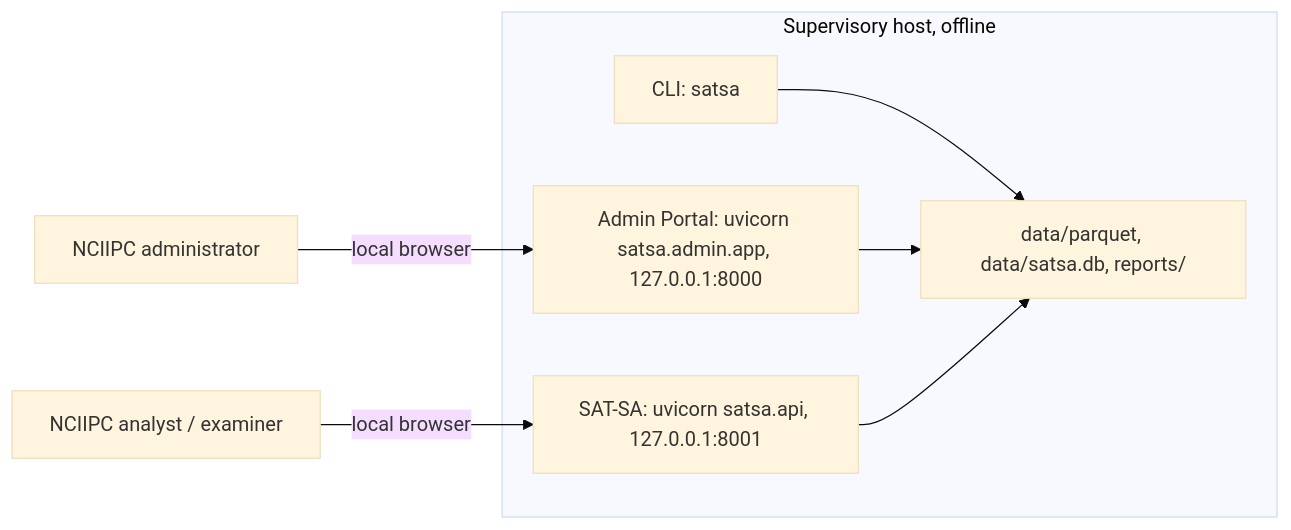
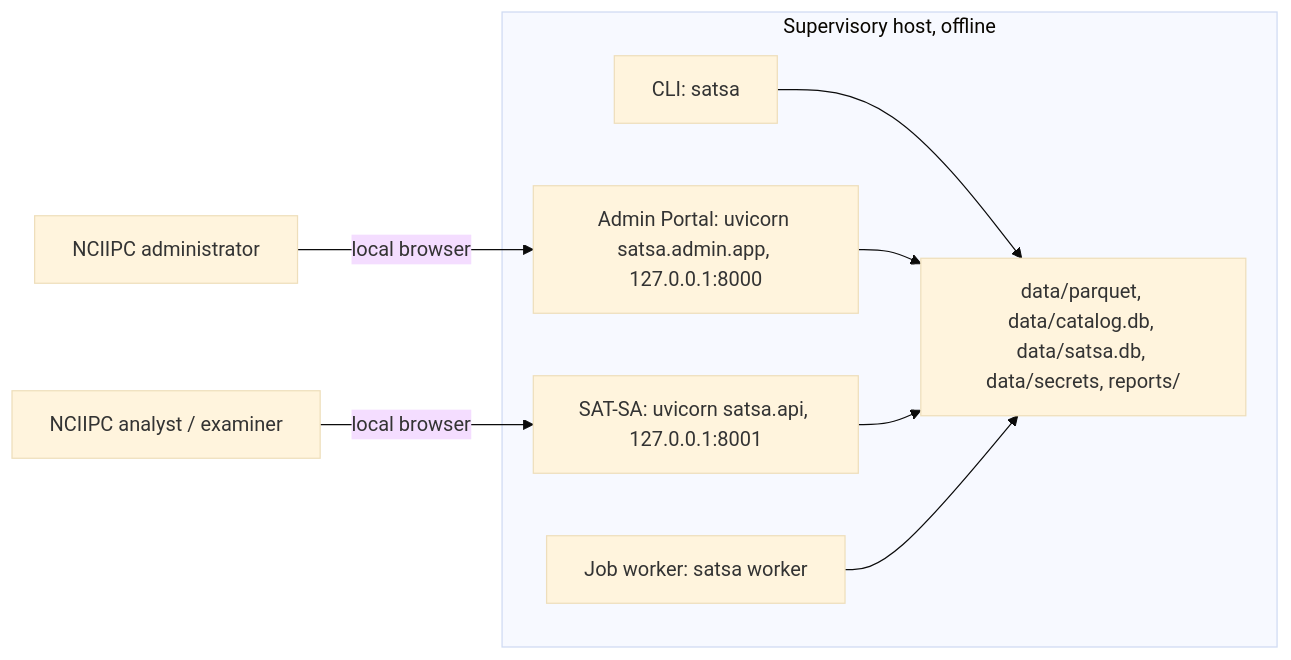
The second of 2 diagrams in docs/architecture.md (KenithKMS56/Supervisory-Analytics-Tool-for-SOC-Assessment-SAT-SA), drawn with Mermaid (base theme) before and after one commit. The commit also changed other lines of this file and 8 other files, not shown here.

````diff
--- a/docs/architecture.md
+++ b/docs/architecture.md
@@ -116,15 +131,17 @@
 ```mermaid
 graph LR
     subgraph Host [Supervisory host, offline]
         CLI["CLI: satsa"]
         ADMIN["Admin Portal: uvicorn satsa.admin.app, 127.0.0.1:8000"]
         SATSA["SAT-SA: uvicorn satsa.api, 127.0.0.1:8001"]
-        FILES["data/parquet, data/satsa.db, reports/"]
+        WORKER["Job worker: satsa worker"]
+        FILES["data/parquet, data/catalog.db, data/satsa.db, data/secrets, reports/"]
     end
 
     ADMINUSER["NCIIPC administrator"] -->|local browser| ADMIN
     OPERATOR["NCIIPC analyst / examiner"] -->|local browser| SATSA
     CLI --> FILES
     ADMIN --> FILES
     SATSA --> FILES
+    WORKER --> FILES
 ```
````
